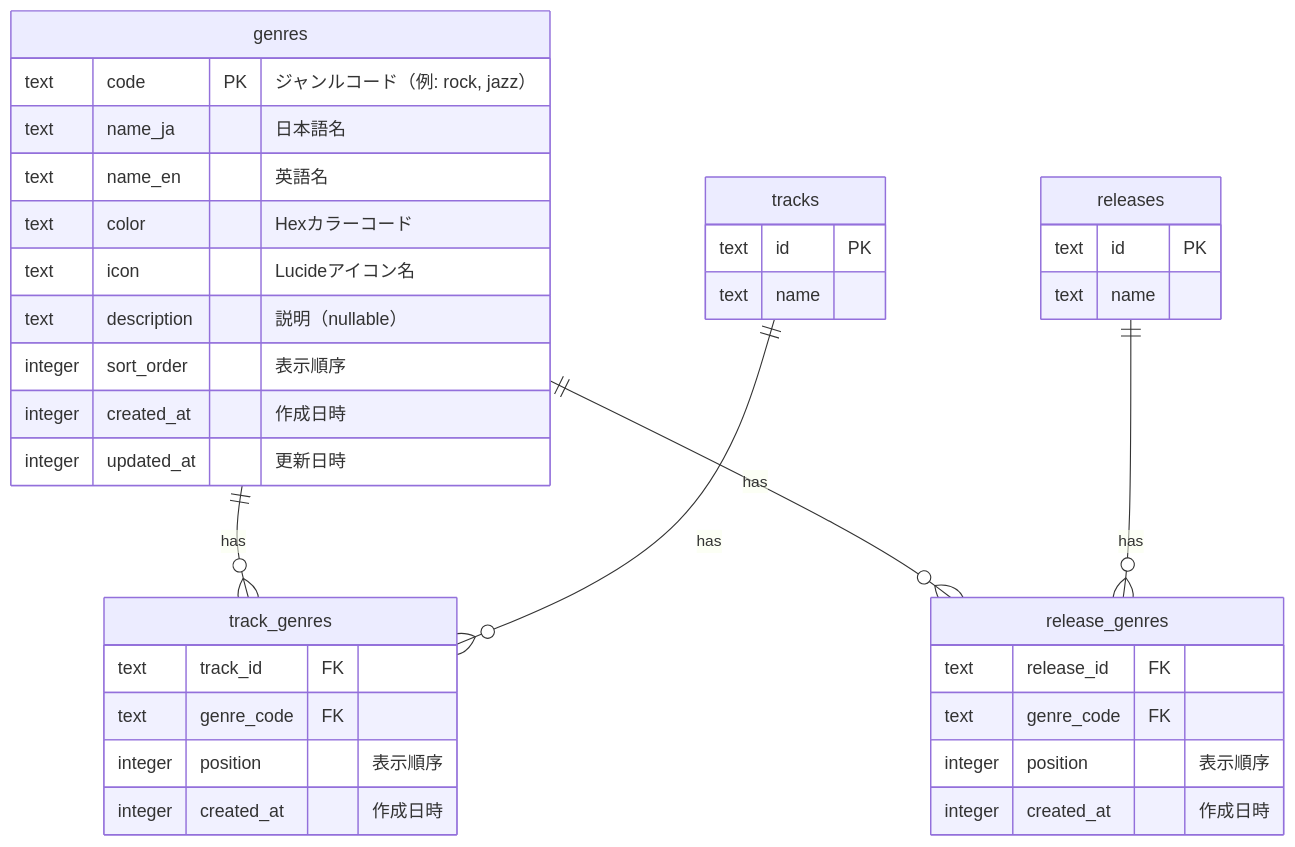
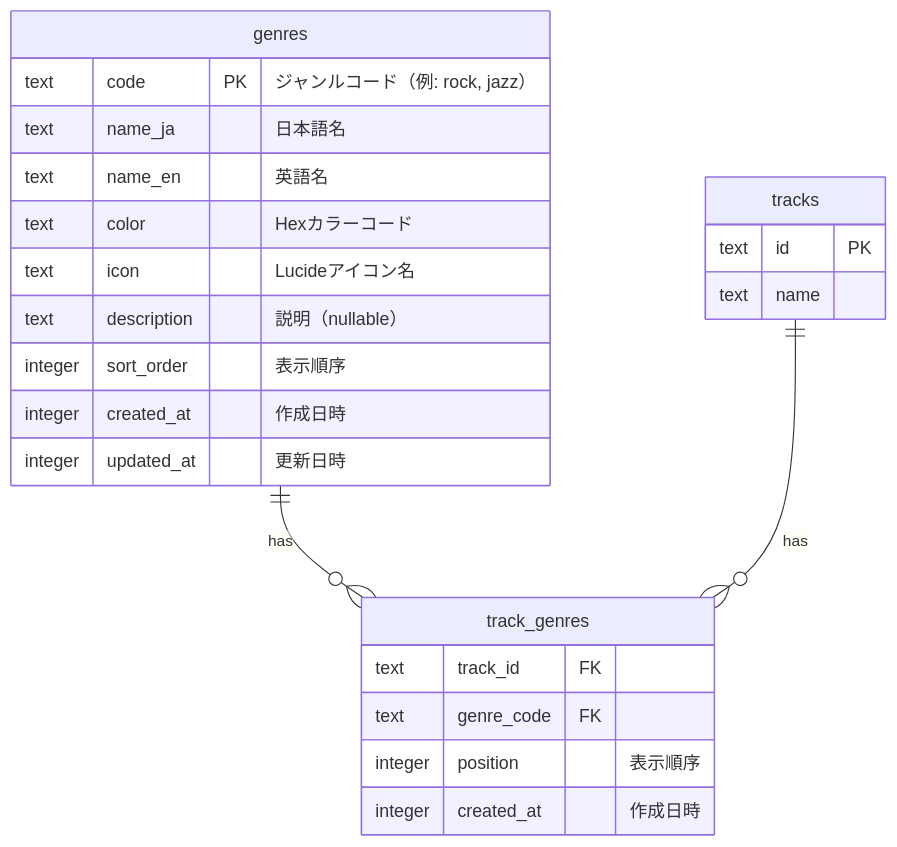
The first of 5 diagrams in docs/specs/genre/README.md (shiroemons/thac), drawn with Mermaid before and after one commit. The commit also changed other lines of this file and 9 other files, not shown here.

````diff
--- a/docs/specs/genre/README.md
+++ b/docs/specs/genre/README.md
@@ -25,43 +25,29 @@
 ```mermaid
 erDiagram
     genres {
         text code PK "ジャンルコード（例: rock, jazz）"
         text name_ja "日本語名"
         text name_en "英語名"
         text color "Hexカラーコード"
         text icon "Lucideアイコン名"
         text description "説明（nullable）"
         integer sort_order "表示順序"
         integer created_at "作成日時"
         integer updated_at "更新日時"
     }
 
     tracks {
         text id PK
         text name
     }
 
-    releases {
-        text id PK
-        text name
-    }
-
     track_genres {
         text track_id FK
         text genre_code FK
         integer position "表示順序"
         integer created_at "作成日時"
     }
 
-    release_genres {
-        text release_id FK
-        text genre_code FK
-        integer position "表示順序"
-        integer created_at "作成日時"
-    }
-
     genres ||--o{ track_genres : "has"
     tracks ||--o{ track_genres : "has"
-    genres ||--o{ release_genres : "has"
-    releases ||--o{ release_genres : "has"
 ```
````
